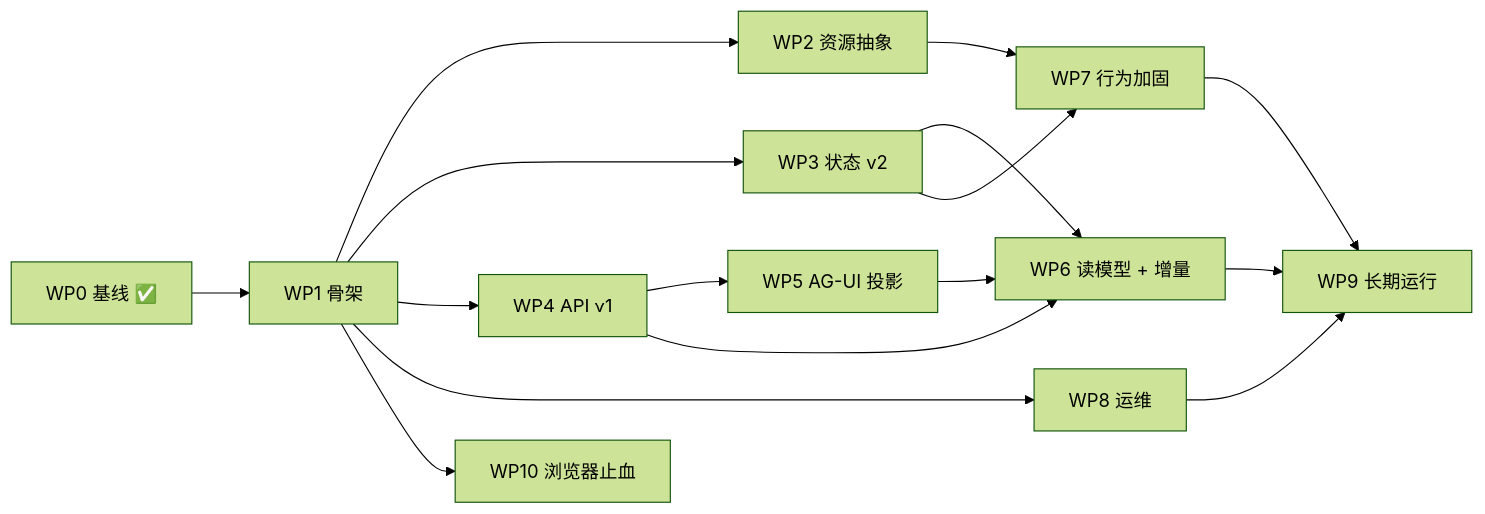
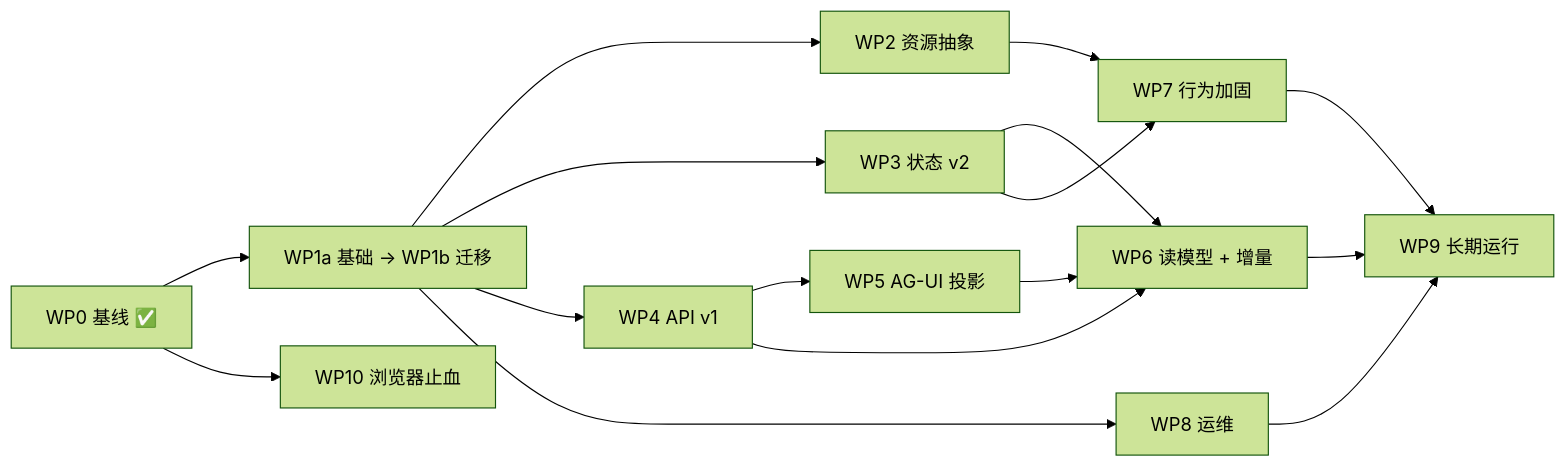
Before and after one commit to YS-BW/Point: the diagram in docs/design/roadmap.md, drawn with Mermaid (forest theme). The commit also changed other lines of this file and 46 other files, not shown here.

First line of the commit message:
feat(server): establish Durable server foundation and architecture

````diff
--- a/docs/design/roadmap.md
+++ b/docs/design/roadmap.md
@@ -44,18 +53,18 @@
 ```mermaid
 flowchart LR
-    WP0[WP0 基线 ✅] --> WP1[WP1 骨架]
+    WP0[WP0 基线 ✅] --> WP1[WP1a 基础 → WP1b 迁移]
     WP1 --> WP2[WP2 资源抽象]
     WP1 --> WP3[WP3 状态 v2]
     WP1 --> WP4[WP4 API v1]
     WP1 --> WP8[WP8 运维]
-    WP1 --> WP10[WP10 浏览器止血]
+    WP0 --> WP10[WP10 浏览器止血]
     WP4 --> WP5[WP5 AG-UI 投影]
     WP3 --> WP6[WP6 读模型 + 增量]
     WP4 --> WP6
     WP5 --> WP6
     WP2 --> WP7[WP7 行为加固]
     WP3 --> WP7
     WP6 --> WP9[WP9 长期运行]
     WP7 --> WP9
     WP8 --> WP9
 ```
````
